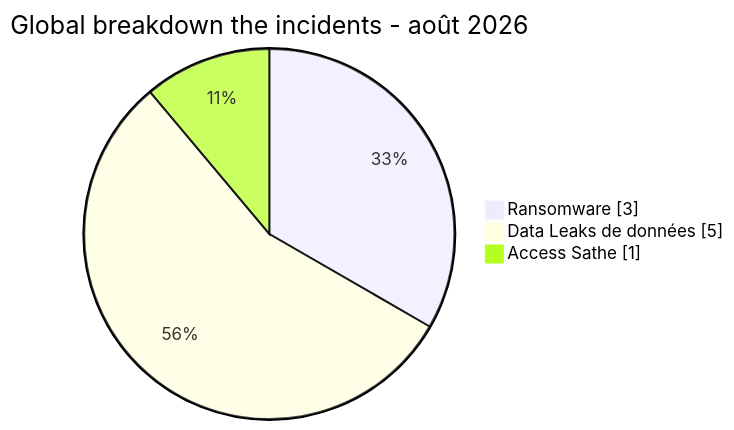
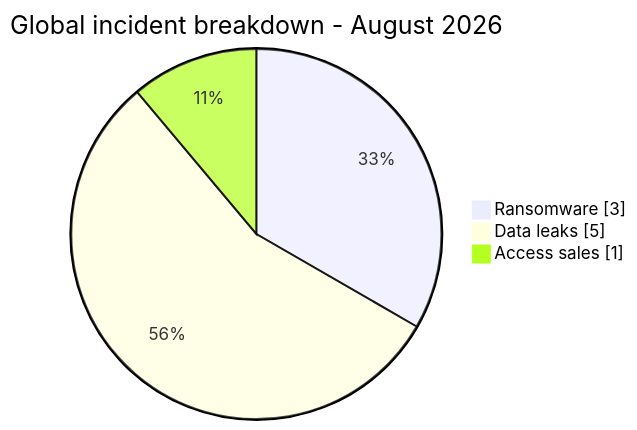
One commit to Hatchepsoute/AFRINTEL changed the diagram in statistics/2026/08-august/README.md. Above: the diagram before and after it, drawn with Mermaid. The commit also changed other lines of this file, not shown here.

```diff
--- a/statistics/2026/08-august/README.md
+++ b/statistics/2026/08-august/README.md
@@ -47,7 +47,7 @@
 ~~~mermaid
 pie showData
-    title Global breakdown the incidents - août 2026
+    title Global incident breakdown - August 2026
     "Ransomware" : 3
-    "Data Leaks de données" : 5
-    "Access Sathe" : 1
+    "Data leaks" : 5
+    "Access sales" : 1
 ~~~
```
